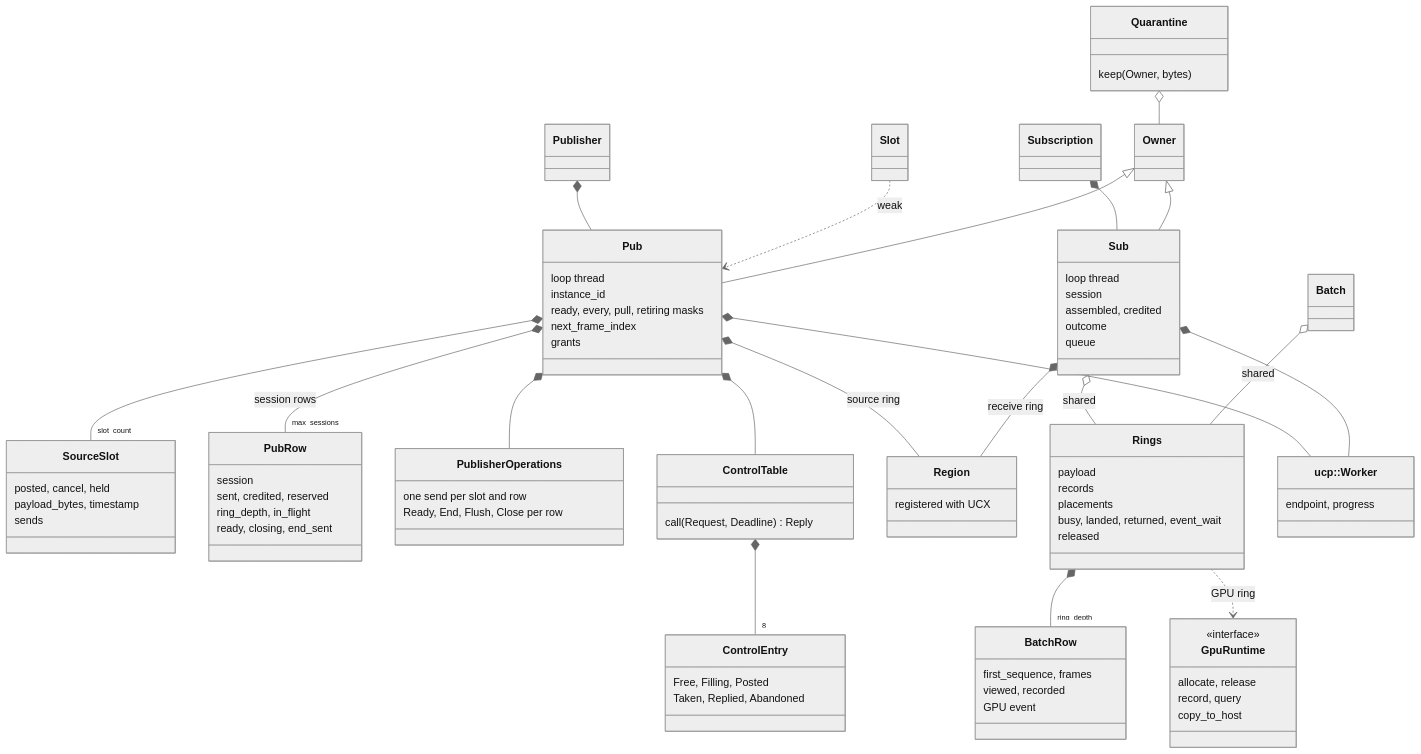
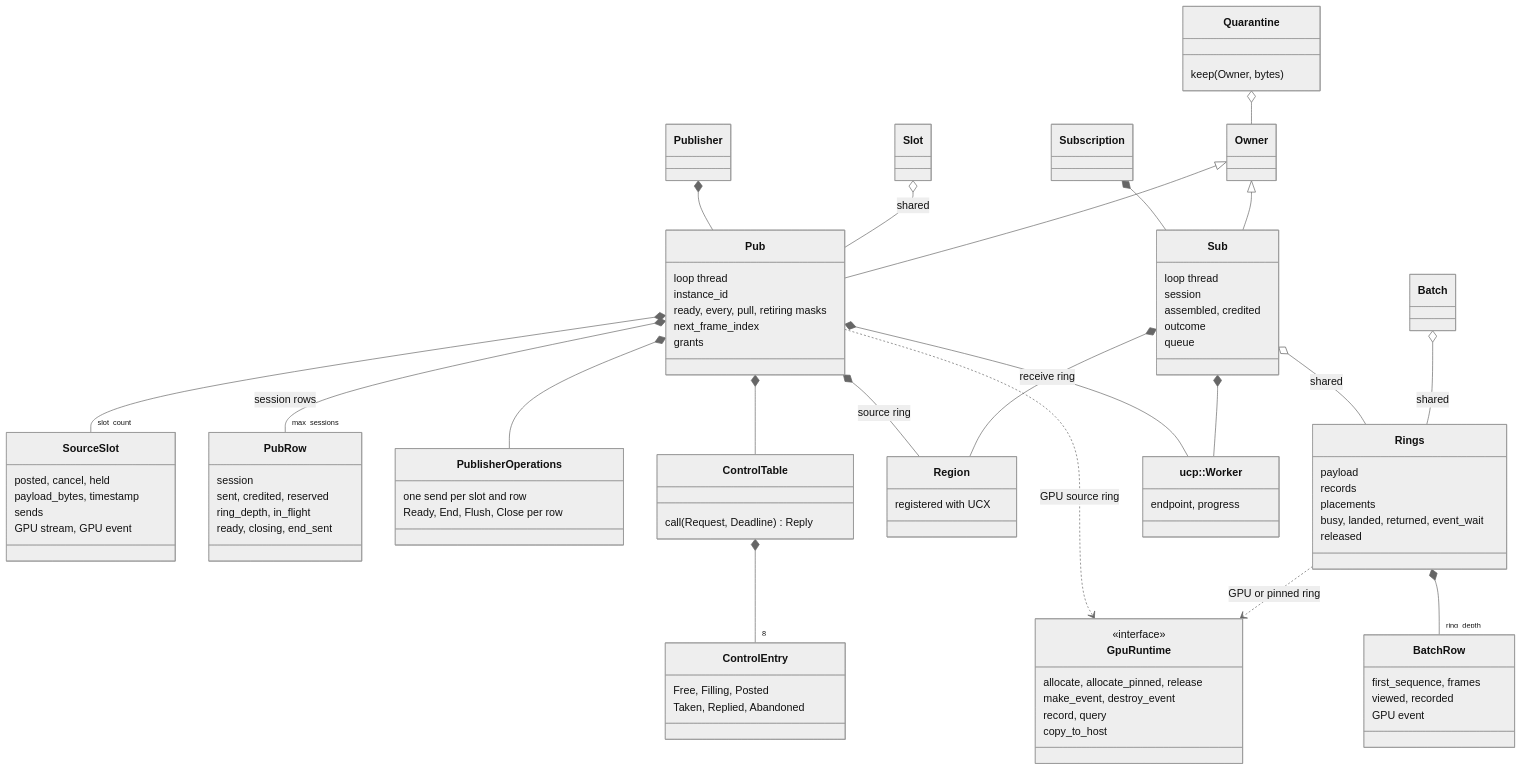
One commit to srwohl/tango-ucx changed diagram 11 of 11 in docs/diagrams.md. Above: the diagram before and after it, drawn with Mermaid (neutral theme). The commit also changed other lines of this file and 9 other files, not shown here.

```diff
--- a/docs/diagrams.md
+++ b/docs/diagrams.md
@@ -568,6 +588,7 @@
         posted, cancel, held
         payload_bytes, timestamp
         sends
+        GPU stream, GPU event
     }
     class PubRow {
         session
@@ -617,13 +638,14 @@
     }
     class GpuRuntime {
         <<interface>>
-        allocate, release
+        allocate, allocate_pinned, release
+        make_event, destroy_event
         record, query
         copy_to_host
     }
 
     Publisher *-- Pub
-    Slot ..> Pub : weak
+    Slot o-- Pub : shared
     Pub *-- "slot_count" SourceSlot
     Pub *-- "max_sessions" PubRow : session rows
     Pub *-- PublisherOperations
@@ -631,6 +653,7 @@
     ControlTable *-- "8" ControlEntry
     Pub *-- Region : source ring
     Pub *-- Worker
+    Pub ..> GpuRuntime : GPU source ring
 
     Subscription *-- Sub
     Sub o-- Rings : shared
@@ -638,7 +661,7 @@
     Rings *-- "ring_depth" BatchRow
     Sub *-- Region : receive ring
     Sub *-- Worker
-    Rings ..> GpuRuntime : GPU ring
+    Rings ..> GpuRuntime : GPU or pinned ring
 
     Owner <|-- Pub
     Owner <|-- Sub
```
